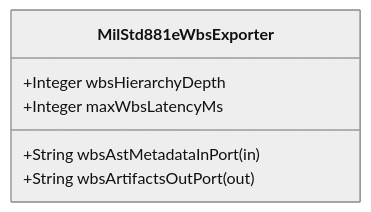
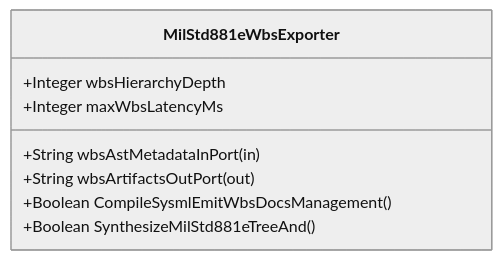
The diagram in .pipeline/upstream/docs/features/FEAT-20-MilStd881eWbsExporter.md (gintatkinson/DEAP01-spec-core), drawn with Mermaid (neutral theme) before and after one commit. The commit also changed other lines of this file and 225 other files, not shown here.

````diff
--- a/.pipeline/upstream/docs/features/FEAT-20-MilStd881eWbsExporter.md
+++ b/.pipeline/upstream/docs/features/FEAT-20-MilStd881eWbsExporter.md
@@ -16,9 +16,11 @@
 ```mermaid
 classDiagram
     class MilStd881eWbsExporter {
         +String wbsAstMetadataInPort (in)
         +String wbsArtifactsOutPort (out)
         +Integer wbsHierarchyDepth
         +Integer maxWbsLatencyMs
+        +Boolean CompileSysmlEmitWbsDocsManagement()
+        +Boolean SynthesizeMilStd881eTreeAnd()
     }
 ```
````
